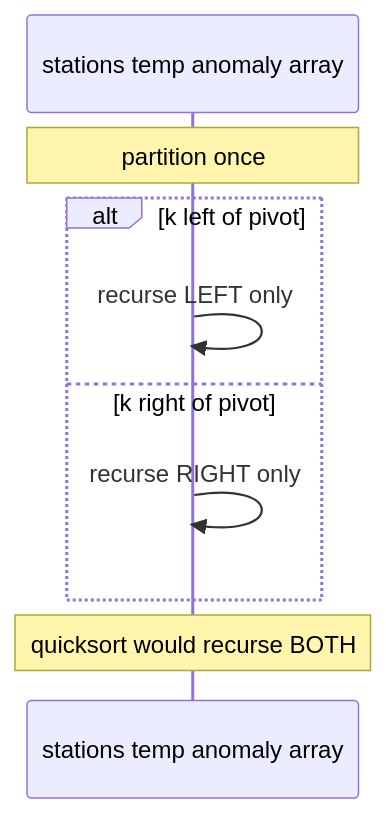
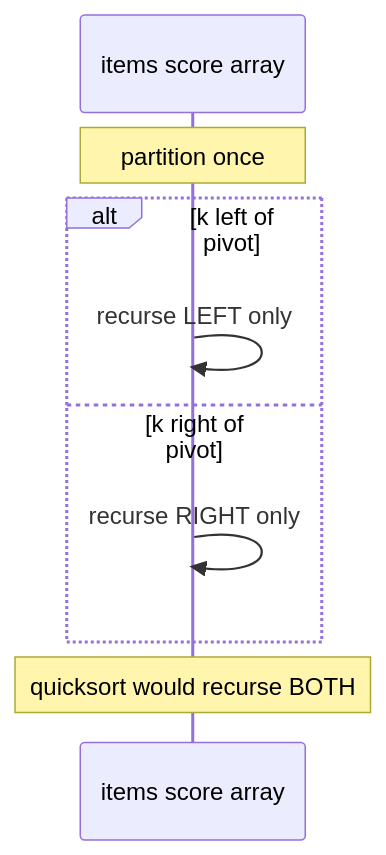
One commit to qgjones9/python-programming-guide changed the second of 8 diagrams in docs/dsa/algorithms/quickselect/index.md. Above: the diagram before and after it, drawn with Mermaid. The commit also changed other lines of this file and 31 other files, not shown here.

````diff
--- a/docs/dsa/algorithms/quickselect/index.md
+++ b/docs/dsa/algorithms/quickselect/index.md
@@ -57,11 +57,11 @@
 ```mermaid
 sequenceDiagram
-  participant A as stations temp anomaly array
-  Note over A: partition once
-  alt k left of pivot
-    A->>A: recurse LEFT only
-  else k right of pivot
-    A->>A: recurse RIGHT only
-  end
-  Note over A: quicksort would recurse BOTH
+ participant A as items score array
+ Note over A: partition once
+ alt k left of pivot
+ A->>A: recurse LEFT only
+ else k right of pivot
+ A->>A: recurse RIGHT only
+ end
+ Note over A: quicksort would recurse BOTH
 ```
````
